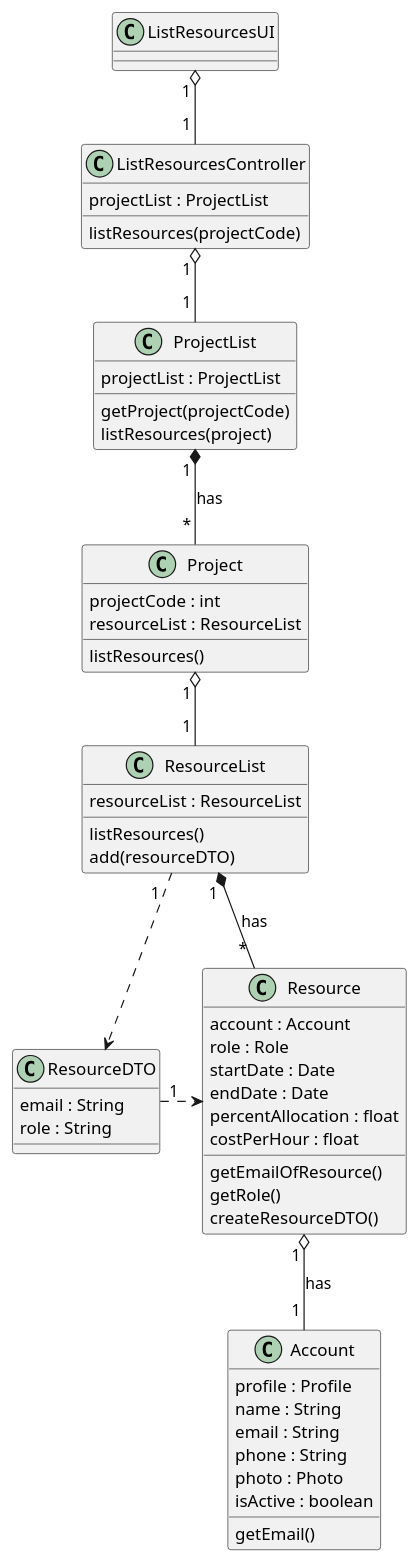
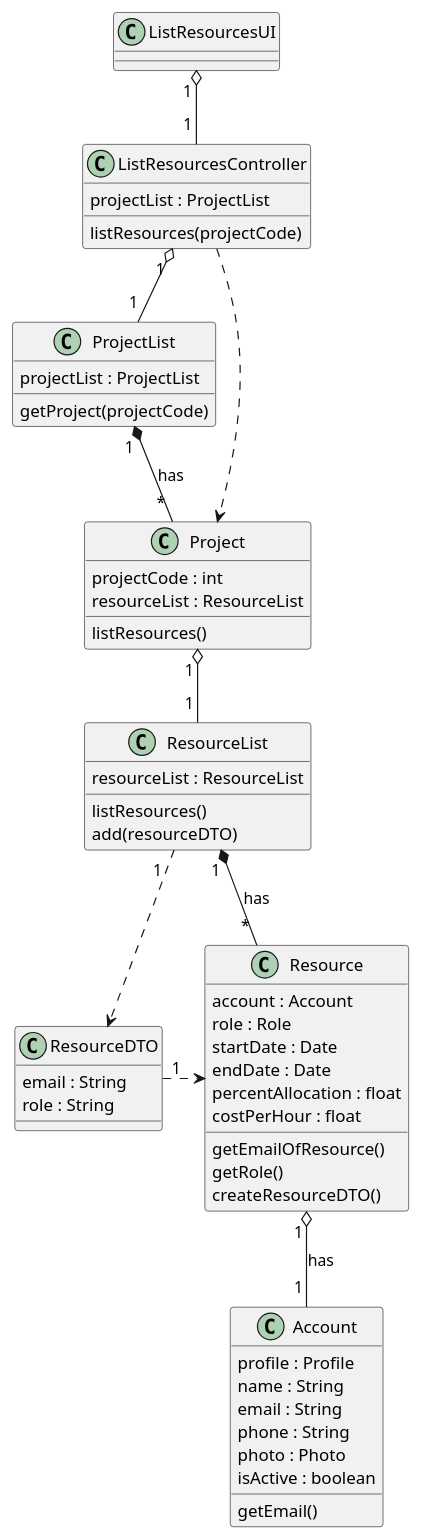
Before and after one commit to ivo-menezes/project_g3: the diagram in docs/modelling_design/user_stories/us014/US014_ListHumanResourcesOfProjectCD.puml, drawn with PlantUML. The commit also changed 3 other files, not shown here.

Commit message:
US014: Design & Implementation: updated CD and deleted commented code in ProjectList, ProjectListTest and ResourceList

```diff
--- a/docs/modelling_design/user_stories/us014/US014_ListHumanResourcesOfProjectCD.puml
+++ b/docs/modelling_design/user_stories/us014/US014_ListHumanResourcesOfProjectCD.puml
@@ -1,73 +1,65 @@
 @startuml
 
 class ListResourcesUI {
 }
 
 class ListResourcesController{
 projectList : ProjectList
-'lsResouces : ResourcesDTO
 listResources(projectCode)
 }
 
 class ProjectList{
 projectList : ProjectList
-'project : Project
-'lsResources : ResourcesDTO
 getProject(projectCode)
-listResources(project)
 }
-'In class Project, all attributes not relevant for US014
-'are omitted
+
 class Project {
 projectCode : int
 resourceList : ResourceList
-'lsResources : ResourcesDTO
 listResources()
 }
 
 class ResourceList{
 resourceList : ResourceList
-'lsResources : ResourcesDTO
 listResources()
-'getEmailOfResource()
-'createResourcesDTO()
 add(resourceDTO)
 }
 
 class ResourceDTO {
 email : String
 role : String
 }
 
 class Resource {
 account : Account
 role : Role
 startDate : Date
 endDate : Date
 percentAllocation : float
 costPerHour : float
 getEmailOfResource()
 getRole()
 createResourceDTO()
 }
 
 class Account {
 profile : Profile
 name : String
 email : String
 phone : String
 photo : Photo
 isActive : boolean
 getEmail()
 }
 
 ListResourcesUI "1 " o-- "1 " ListResourcesController
 ListResourcesController "1 " o-- "1 " ProjectList
+ListResourcesController ..> Project
 ProjectList "1 " *-- " * " Project : has
 Project "1 " o-- "1 " ResourceList
 ResourceList "1  " ..> ResourceDTO
 ResourceDTO "1" .right.> Resource
 ResourceList "1 " *-- " * " Resource : has
 Resource "1 " o-- "1 " Account : has
 
 @enduml
```
